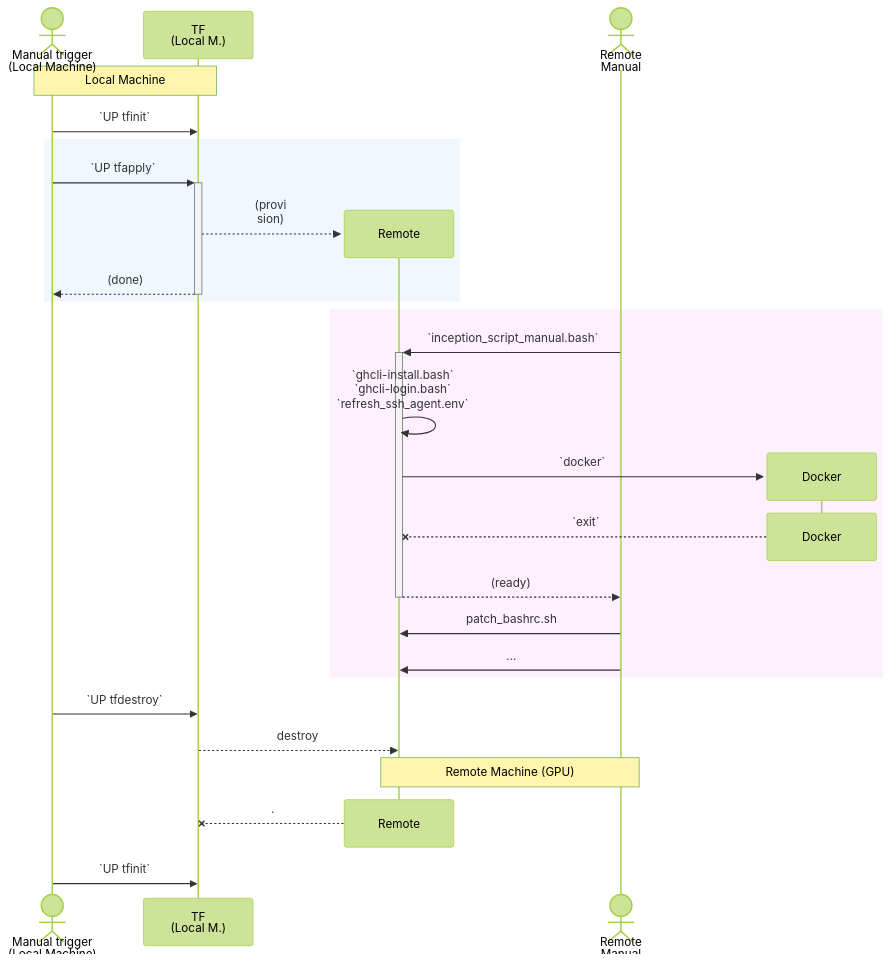
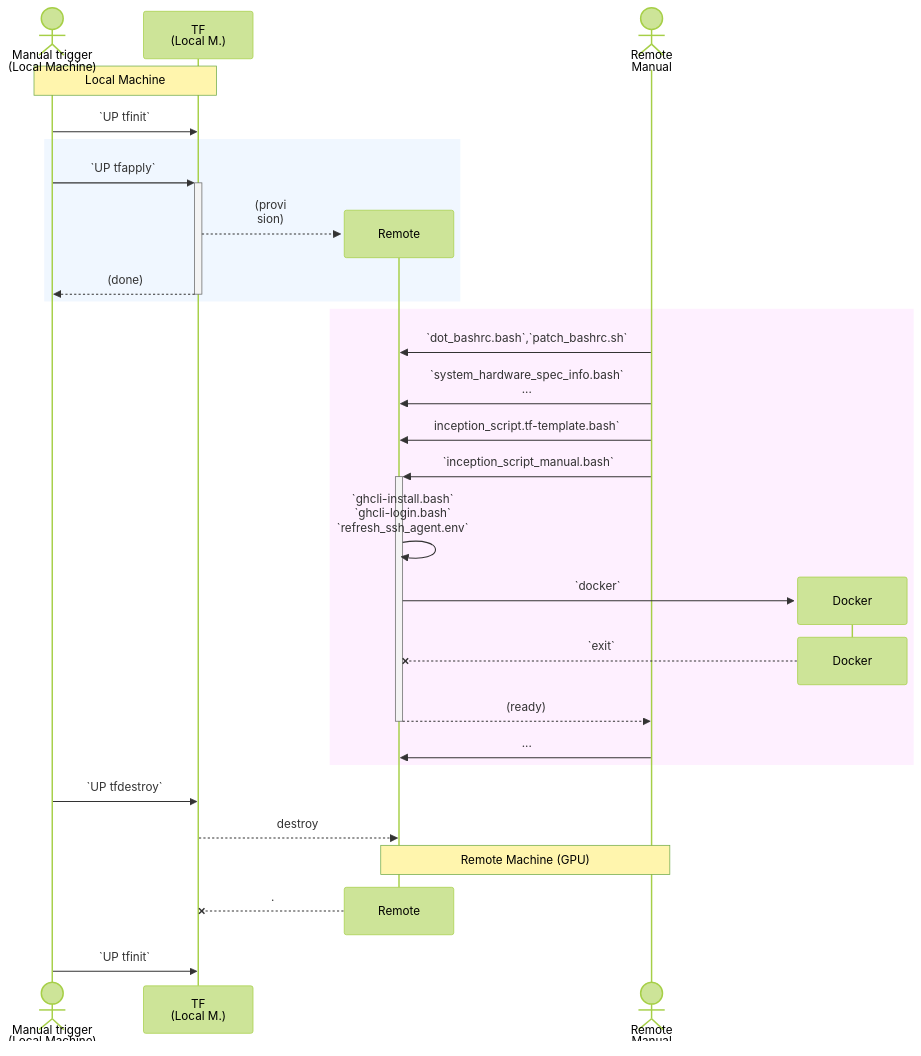
One commit to sohale/gpu-experimentations changed the diagram in provisioning_scripts/terraform/readme.md. Above: the diagram before and after it, drawn with Mermaid (forest theme). The commit also changed other lines of this file and 2 other files, not shown here.

Commit message:
key main realisaitons (about scripts being free-transparent-manually-driven-fragment--code-blocks but then some are scripted/atuonmated in the tfapply provision

````diff
--- a/provisioning_scripts/terraform/readme.md
+++ b/provisioning_scripts/terraform/readme.md
@@ -2,59 +2,68 @@
 ```mermaid
 sequenceDiagram
     actor localuser as Manual trigger<br/> (Local Machine)
     participant localtf as TF<br/>(Local M.)
 
     Note over localuser,localtf: Local Machine
 
     localuser->>localtf: `UP tfinit`
 
     rect rgb(240, 247, 255)
     localuser->>+localtf: `UP tfapply`
 
     create participant remotemachine as Remote
     %% remotemachine: remotemachine, during provisioning
     localtf-->>remotemachine: (provi<br/>sion)
     %% #(create)
     localtf-->>-localuser: (done)
 
     %% startup (remote)
     end
 
     rect rgb(254, 240, 255)
     %% "create" did not work
     %% participant remotedocker as Docker
     %% participant remotestartup as Bash<br/>Session
     actor remotemanual as Remote<br/>Manual
 
+
+    remotemanual->>remotemachine: `dot_bashrc.bash`,`patch_bashrc.sh`
+    %% `patch_bashrc.sh` is not for this. But can be a good extra `.bashrc`. It shall run only once.
+    %% remotemanual->>remotemachine:patch_bashrc.sh
+
+    remotemanual->>remotemachine: `system_hardware_spec_info.bash`<br/>...
+
+    remotemanual->>remotemachine: inception_script.tf-template.bash`
+    %% remotemachine-->-remotemanual: (done)
+
     remotemanual->>+remotemachine: `inception_script_manual.bash`
 
-    remotemachine->>remotemachine: `ghcli-install.bash`<br/>`ghcli-login.bash`<br/>`refresh_ssh_agent.env`
+    remotemachine->>remotemachine: `ghcli-install.bash`<br/>`ghcli-login.bash`<br/> `refresh_ssh_agent.env`
     %% remotemachine->>remotemachine: `ghcli-login.bash`
     %% remotemachine->>remotemachine: `refresh_ssh_agent.env`
 
     create participant remotedocker as Docker
     remotemachine->>remotedocker: `docker`
 
     destroy remotedocker
     remotedocker--xremotemachine: `exit`
 
     remotemachine-->>-remotemanual: (ready)
 
-    remotemanual->>remotemachine:patch_bashrc.sh
     remotemanual->>remotemachine:...
 
     end
 
     localuser->>localtf: `UP tfdestroy`
     localtf-->>remotemachine: destroy
 
     %% end
 
     Note over remotemachine,remotemanual: Remote Machine (GPU)
 
     destroy remotemachine
     remotemachine--xlocaltf: .
     localuser->>localtf: `UP tfinit`
 
 
 ```
````
